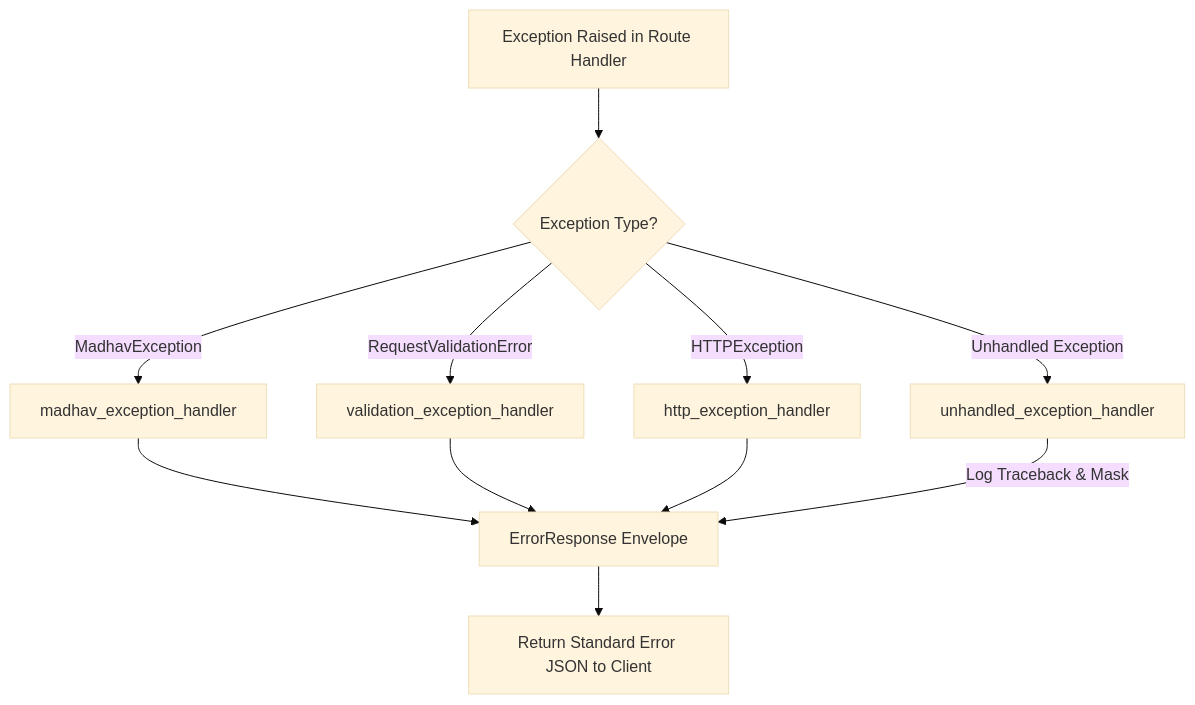
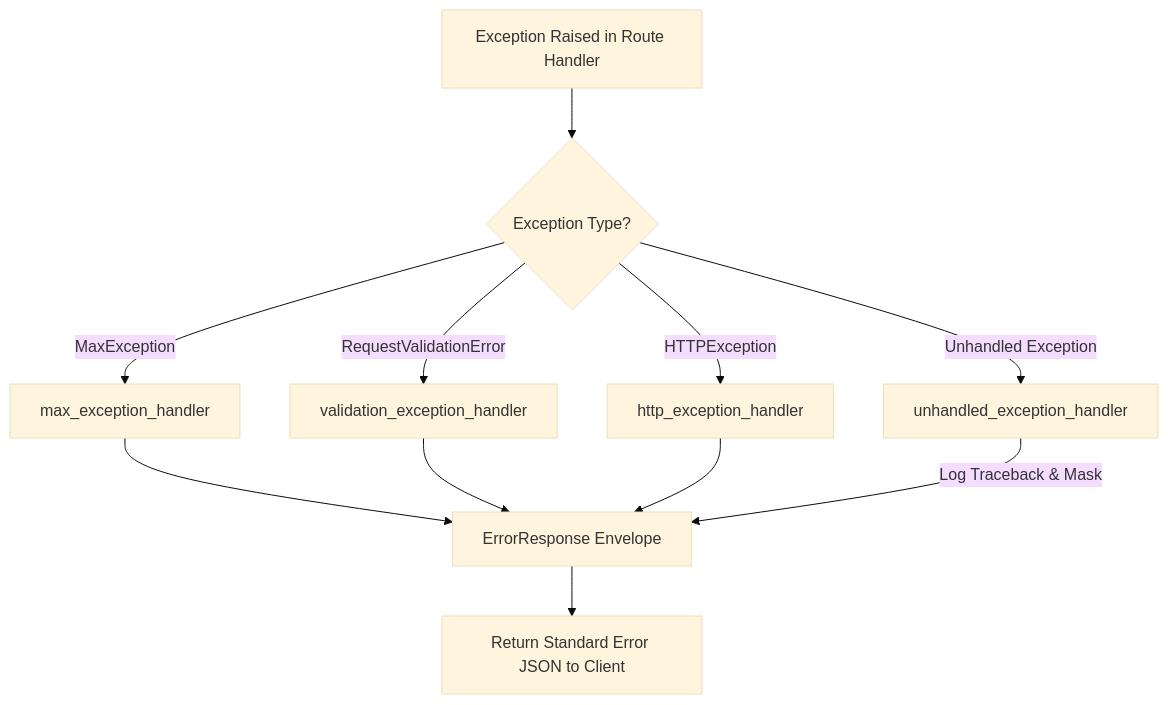
One commit to KoramYashwanthReddy/Madhav changed the fourth of 4 diagrams in docs/architecture/module-01-platform-foundation.md. Above: the diagram before and after it, drawn with Mermaid (base theme). The commit also changed other lines of this file and 713 other files, not shown here.

Commit message:
refactor(identity): rename Madhav to Max

````diff
--- a/docs/architecture/module-01-platform-foundation.md
+++ b/docs/architecture/module-01-platform-foundation.md
@@ -121,15 +121,15 @@
 ```mermaid
 graph TD
     ExceptionRaised["Exception Raised in Route Handler"] --> RouterHandler{"Exception Type?"}
-    RouterHandler -->|MadhavException| CustomHandler["madhav_exception_handler"]
+    RouterHandler -->|MaxException| CustomHandler["max_exception_handler"]
     RouterHandler -->|RequestValidationError| ValHandler["validation_exception_handler"]
     RouterHandler -->|HTTPException| HTTPHandler["http_exception_handler"]
     RouterHandler -->|Unhandled Exception| GenericHandler["unhandled_exception_handler"]
 
     CustomHandler --> ErrorResp["ErrorResponse Envelope"]
     ValHandler --> ErrorResp
     HTTPHandler --> ErrorResp
     GenericHandler -->|Log Traceback & Mask| ErrorResp
 
     ErrorResp --> ClientResp["Return Standard Error JSON to Client"]
 ```
````
